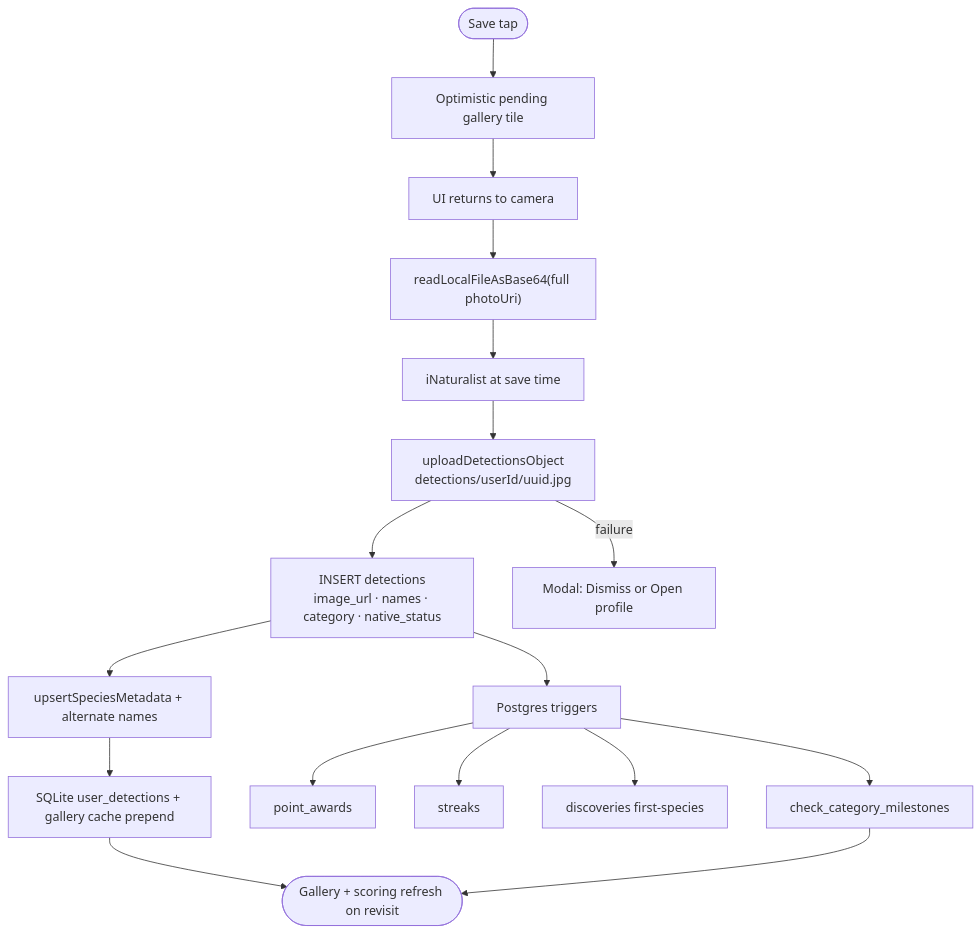
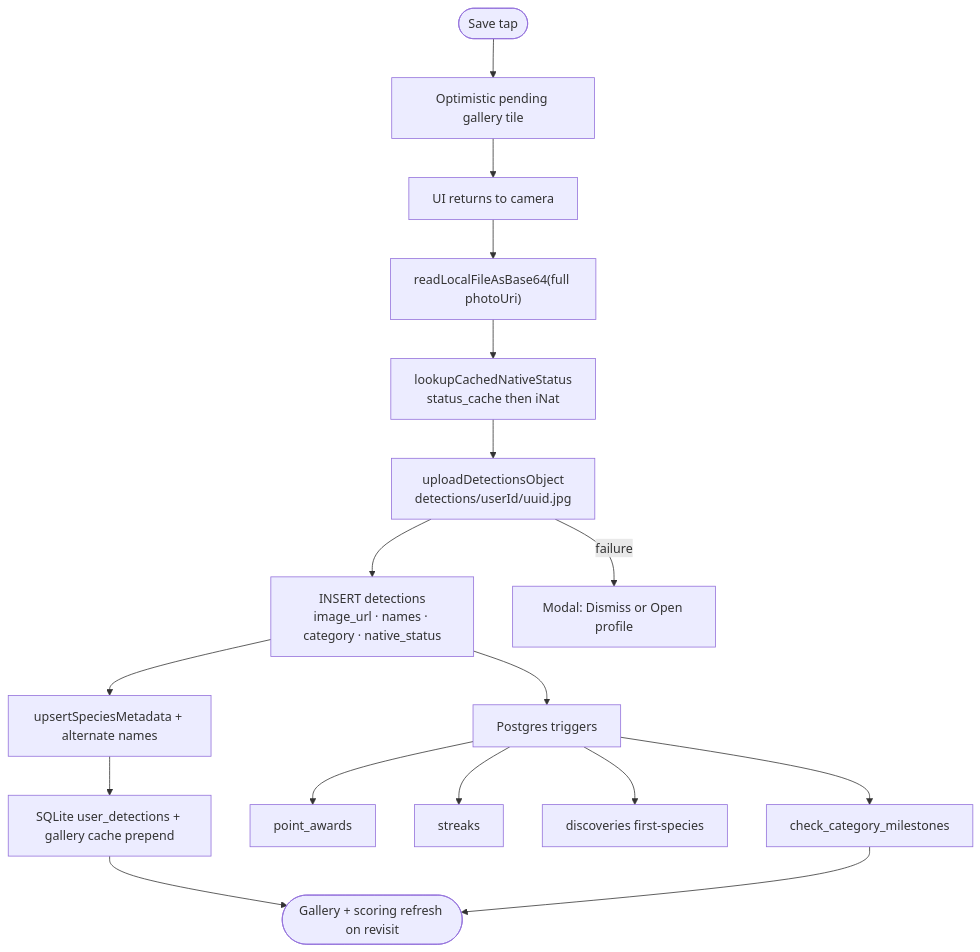
Before and after one commit to vonderasche/near-nature: diagram 11 of 12 in docs/ARCHITECTURE.md, drawn with Mermaid. The commit also changed other lines of this file and 10 other files, not shown here.

First line of the commit message:
Cache iNaturalist native status in SQLite to cut repeat API calls.

````diff
--- a/docs/ARCHITECTURE.md
+++ b/docs/ARCHITECTURE.md
@@ -340,23 +348,23 @@
 ```mermaid
 flowchart TD
   Save([Save tap]) --> Pending[Optimistic pending gallery tile]
   Pending --> Camera[UI returns to camera]
 
   Camera --> Read["readLocalFileAsBase64(full photoUri)"]
-  Read --> INat2[iNaturalist at save time]
-  INat2 --> Upload["uploadDetectionsObject<br/>detections/userId/uuid.jpg"]
+  Read --> Status[lookupCachedNativeStatus<br/>status_cache then iNat]
+  Status --> Upload["uploadDetectionsObject<br/>detections/userId/uuid.jpg"]
   Upload --> Row["INSERT detections<br/>image_url · names · category · native_status"]
   Row --> Meta[upsertSpeciesMetadata + alternate names]
   Meta --> Local["SQLite user_detections + gallery cache prepend"]
   Row --> Trig[Postgres triggers]
 
   Trig --> Points[point_awards]
   Trig --> Streak[streaks]
   Trig --> Disc[discoveries first-species]
   Trig --> Mile[check_category_milestones]
 
   Local --> Done([Gallery + scoring refresh on revisit])
   Mile --> Done
 
   Upload -->|failure| Err[Modal: Dismiss or Open profile]
 ```
````
